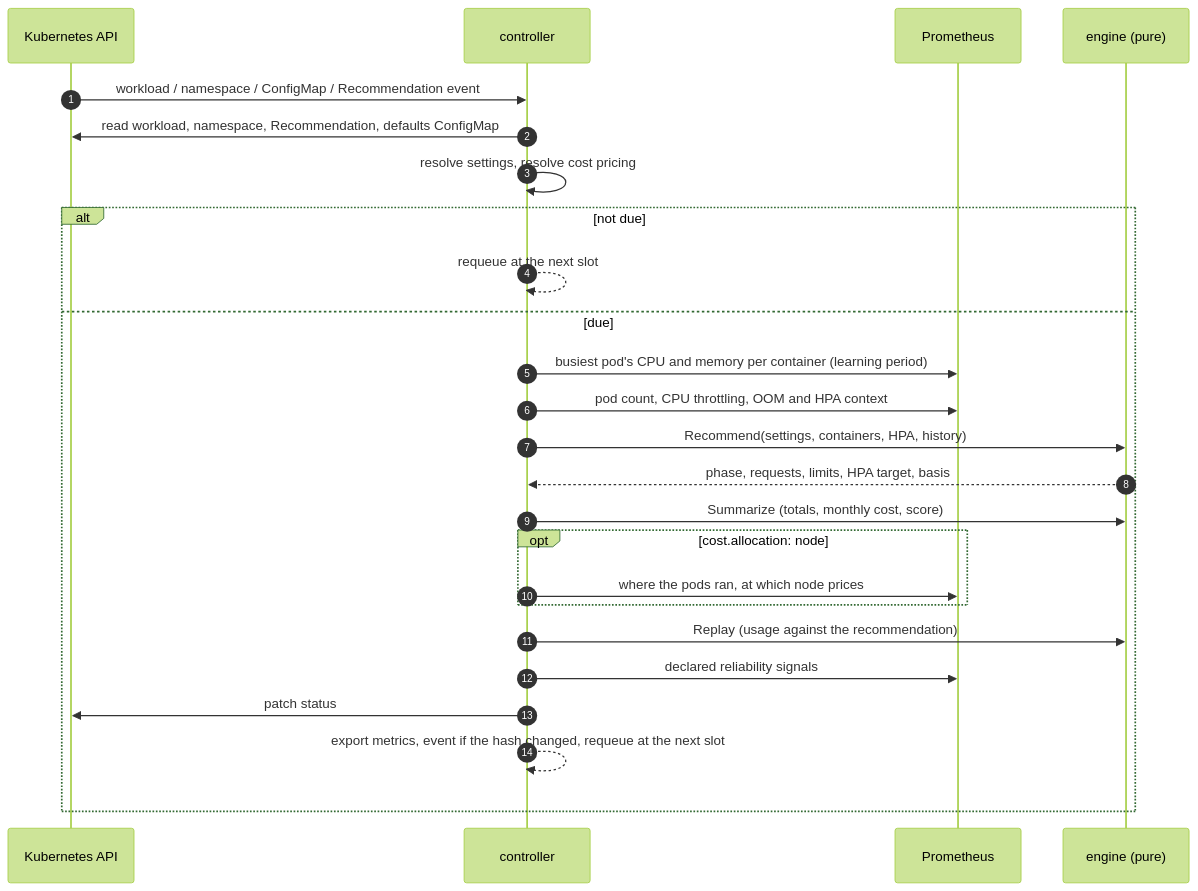
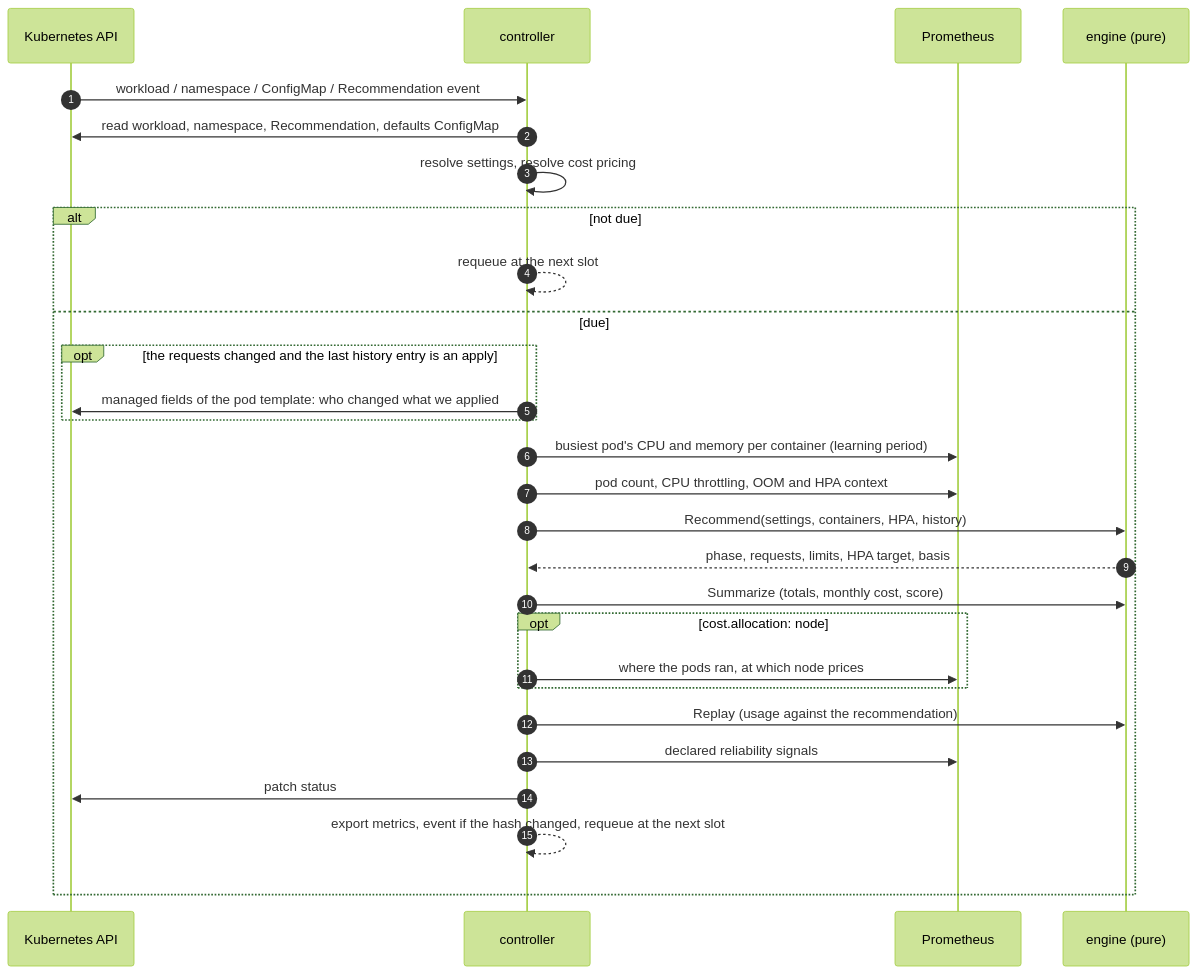
The fourth of 12 diagrams in docs/architecture.md (gjbravi/resourcerer), drawn with Mermaid (forest theme) before and after one commit. The commit also changed other lines of this file and 38 other files, not shown here.

````diff
--- a/docs/architecture.md
+++ b/docs/architecture.md
@@ -130,28 +131,31 @@
 ```mermaid
 sequenceDiagram
     autonumber
     participant K as Kubernetes API
     participant C as controller
     participant P as Prometheus
     participant E as engine (pure)
 
     K->>C: workload / namespace / ConfigMap / Recommendation event
     C->>K: read workload, namespace, Recommendation, defaults ConfigMap
     C->>C: resolve settings, resolve cost pricing
     alt not due
         C-->>C: requeue at the next slot
     else due
+        opt the requests changed and the last history entry is an apply
+            C->>K: managed fields of the pod template: who changed what we applied
+        end
         C->>P: busiest pod's CPU and memory per container (learning period)
         C->>P: pod count, CPU throttling, OOM and HPA context
         C->>E: Recommend(settings, containers, HPA, history)
         E-->>C: phase, requests, limits, HPA target, basis
         C->>E: Summarize (totals, monthly cost, score)
         opt cost.allocation: node
             C->>P: where the pods ran, at which node prices
         end
         C->>E: Replay (usage against the recommendation)
         C->>P: declared reliability signals
         C->>K: patch status
         C-->>C: export metrics, event if the hash changed, requeue at the next slot
     end
 ```
````
